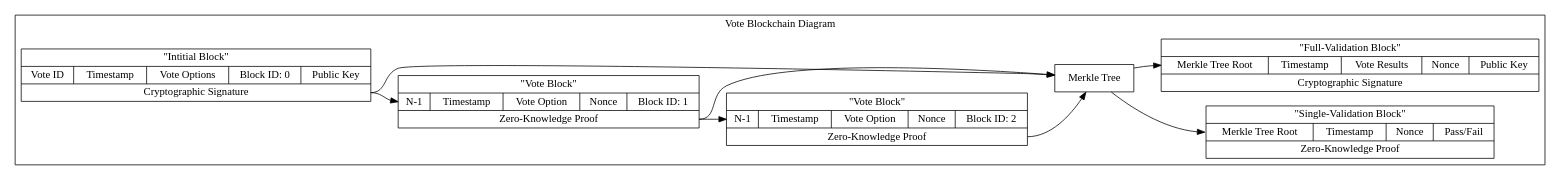
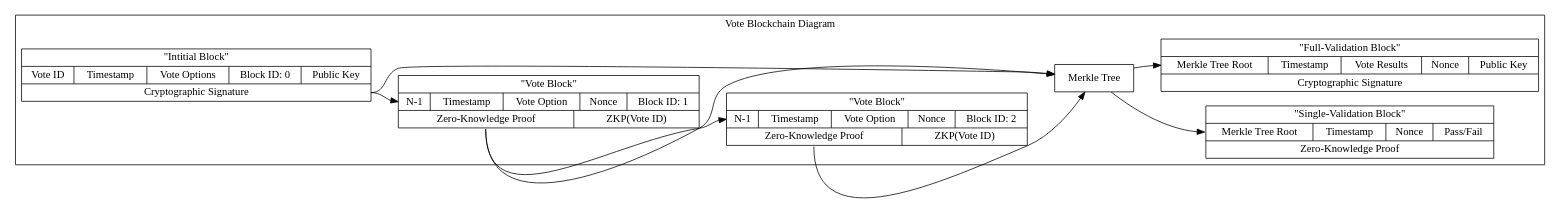
Before and after one commit to privacypoll/presentation: the diagram in blockchain.dot, drawn with Graphviz.

Commit message:
add ZKP for VoteID indivdually

```diff
--- a/blockchain.dot
+++ b/blockchain.dot
@@ -1,26 +1,26 @@
 digraph G {
     rankdir = LR
     
     subgraph cluster_blockchain {
         node [shape = record]
         label = "Vote Blockchain Diagram"
         
         block0 [label = "\"Intitial Block\"|{Vote ID|Timestamp|Vote Options|Block ID: 0|Public Key}|<sig> Cryptographic Signature"];
-        block1 [label = "\"Vote Block\"|{<zkpp> N-1|Timestamp|Vote Option|Nonce|Block ID: 1}|<zkp> Zero-Knowledge Proof"];
-        block2 [label = "\"Vote Block\"|{<zkpp> N-1|Timestamp|Vote Option|Nonce|Block ID: 2}|<zkp> Zero-Knowledge Proof"];
+        block1 [label = "\"Vote Block\"|{<zkpp> N-1|Timestamp|Vote Option|Nonce|Block ID: 1}|{<zkp> Zero-Knowledge Proof|ZKP(Vote ID)}"];
+        block2 [label = "\"Vote Block\"|{<zkpp> N-1|Timestamp|Vote Option|Nonce|Block ID: 2}|{<zkp> Zero-Knowledge Proof|ZKP(Vote ID)}"];
         block3a [label = "\"Single-Validation Block\"|{<mt> Merkle Tree Root|Timestamp|Nonce|Pass/Fail}|<zkp> Zero-Knowledge Proof"];
         block4a [label = "\"Full-Validation Block\"|{<mt> Merkle Tree Root|Timestamp|Vote Results|Nonce|Public Key}|<sig> Cryptographic Signature"];
         
         chain_mt [label = "Merkle Tree"];
         
         block0:sig -> block1:zkpp;
         block1:zkp -> block2:zkpp;
         
         block0:sig -> chain_mt;
         block1:zkp -> chain_mt;
         block2:zkp -> chain_mt;
         
         chain_mt -> block3a:mt;
         chain_mt -> block4a:mt;
     }
 }
```
